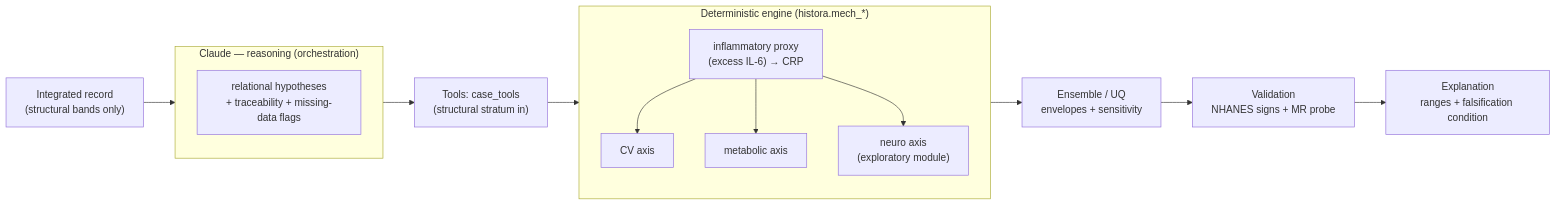
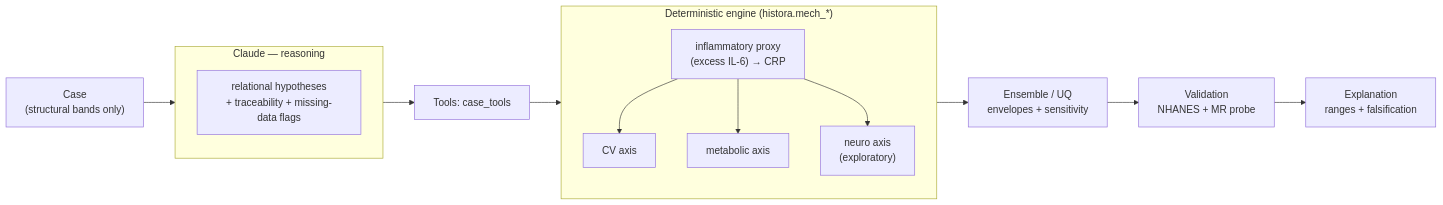
One commit to matiasmolinas/dental-analysis changed the diagram in README.md. Above: the diagram before and after it, drawn with Mermaid. The commit also changed other lines of this file and 3 other files, not shown here.

````diff
--- a/README.md
+++ b/README.md
@@ -56,18 +25,18 @@
 ```mermaid
 flowchart LR
-    R["Integrated record<br/>(structural bands only)"] --> C
-    subgraph C["Claude — reasoning (orchestration)"]
+    R["Case<br/>(structural bands only)"] --> C
+    subgraph C["Claude — reasoning"]
       C1["relational hypotheses<br/>+ traceability + missing-data flags"]
     end
-    C --> T["Tools: case_tools<br/>(structural stratum in)"]
+    C --> T["Tools: case_tools"]
     T --> E
     subgraph E["Deterministic engine (histora.mech_*)"]
       P["inflammatory proxy<br/>(excess IL-6) → CRP"]
       P --> CV["CV axis"]
       P --> MET["metabolic axis"]
-      P --> NEU["neuro axis<br/>(exploratory module)"]
+      P --> NEU["neuro axis<br/>(exploratory)"]
     end
     E --> U["Ensemble / UQ<br/>envelopes + sensitivity"]
-    U --> V["Validation<br/>NHANES signs + MR probe"]
-    V --> X["Explanation<br/>ranges + falsification condition"]
+    U --> V["Validation<br/>NHANES + MR probe"]
+    V --> X["Explanation<br/>ranges + falsification"]
 ```
````
